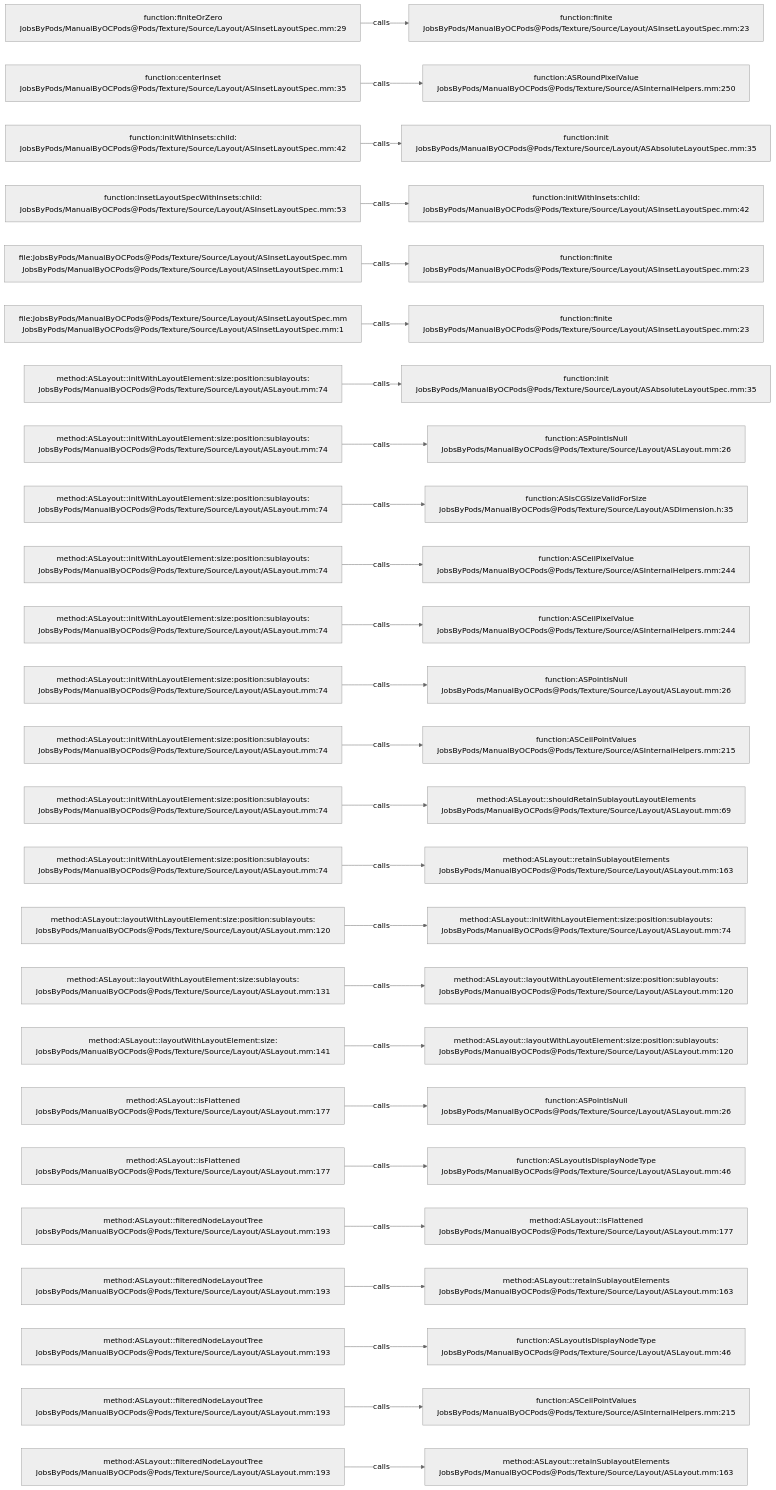
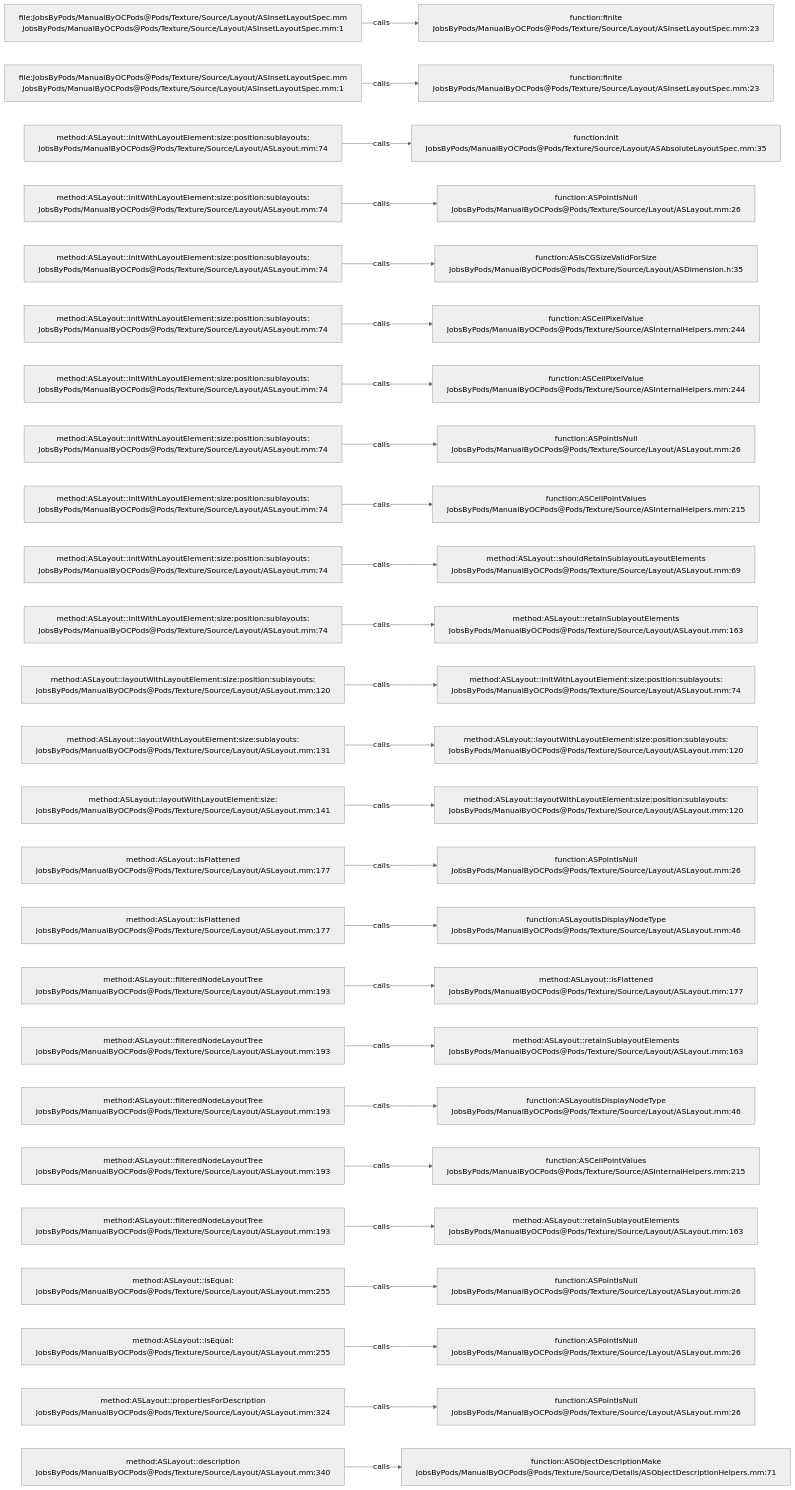
Before and after one commit to JobsKits/JobsOCBaseConfigDemo: the diagram in .codegraph/codegraph.md/graphs/calls-176.md, drawn with Mermaid (neutral theme). The commit also changed 727 other files, not shown here.

````diff
--- a/.codegraph/codegraph.md/graphs/calls-176.md
+++ b/.codegraph/codegraph.md/graphs/calls-176.md
@@ -13,78 +13,78 @@
 ```mermaid
 flowchart LR
-  S1["function:finiteOrZero<br/>JobsByPods/ManualByOCPods@Pods/Texture/Source/Layout/ASInsetLayoutSpec.mm:29"]
+  S1["file:JobsByPods/ManualByOCPods@Pods/Texture/Source/Layout/ASInsetLayoutSpec.mm<br/>JobsByPods/ManualByOCPods@Pods/Texture/Source/Layout/ASInsetLayoutSpec.mm:1"]
   T1["function:finite<br/>JobsByPods/ManualByOCPods@Pods/Texture/Source/Layout/ASInsetLayoutSpec.mm:23"]
   S1 -->|calls| T1
-  S2["function:centerInset<br/>JobsByPods/ManualByOCPods@Pods/Texture/Source/Layout/ASInsetLayoutSpec.mm:35"]
-  T2["function:ASRoundPixelValue<br/>JobsByPods/ManualByOCPods@Pods/Texture/Source/ASInternalHelpers.mm:250"]
+  S2["file:JobsByPods/ManualByOCPods@Pods/Texture/Source/Layout/ASInsetLayoutSpec.mm<br/>JobsByPods/ManualByOCPods@Pods/Texture/Source/Layout/ASInsetLayoutSpec.mm:1"]
+  T2["function:finite<br/>JobsByPods/ManualByOCPods@Pods/Texture/Source/Layout/ASInsetLayoutSpec.mm:23"]
   S2 -->|calls| T2
-  S3["function:initWithInsets:child:<br/>JobsByPods/ManualByOCPods@Pods/Texture/Source/Layout/ASInsetLayoutSpec.mm:42"]
+  S3["method:ASLayout::initWithLayoutElement:size:position:sublayouts:<br/>JobsByPods/ManualByOCPods@Pods/Texture/Source/Layout/ASLayout.mm:74"]
   T3["function:init<br/>JobsByPods/ManualByOCPods@Pods/Texture/Source/Layout/ASAbsoluteLayoutSpec.mm:35"]
   S3 -->|calls| T3
-  S4["function:insetLayoutSpecWithInsets:child:<br/>JobsByPods/ManualByOCPods@Pods/Texture/Source/Layout/ASInsetLayoutSpec.mm:53"]
-  T4["function:initWithInsets:child:<br/>JobsByPods/ManualByOCPods@Pods/Texture/Source/Layout/ASInsetLayoutSpec.mm:42"]
+  S4["method:ASLayout::initWithLayoutElement:size:position:sublayouts:<br/>JobsByPods/ManualByOCPods@Pods/Texture/Source/Layout/ASLayout.mm:74"]
+  T4["function:ASPointIsNull<br/>JobsByPods/ManualByOCPods@Pods/Texture/Source/Layout/ASLayout.mm:26"]
   S4 -->|calls| T4
-  S5["file:JobsByPods/ManualByOCPods@Pods/Texture/Source/Layout/ASInsetLayoutSpec.mm<br/>JobsByPods/ManualByOCPods@Pods/Texture/Source/Layout/ASInsetLayoutSpec.mm:1"]
-  T5["function:finite<br/>JobsByPods/ManualByOCPods@Pods/Texture/Source/Layout/ASInsetLayoutSpec.mm:23"]
+  S5["method:ASLayout::initWithLayoutElement:size:position:sublayouts:<br/>JobsByPods/ManualByOCPods@Pods/Texture/Source/Layout/ASLayout.mm:74"]
+  T5["function:ASIsCGSizeValidForSize<br/>JobsByPods/ManualByOCPods@Pods/Texture/Source/Layout/ASDimension.h:35"]
   S5 -->|calls| T5
-  S6["file:JobsByPods/ManualByOCPods@Pods/Texture/Source/Layout/ASInsetLayoutSpec.mm<br/>JobsByPods/ManualByOCPods@Pods/Texture/Source/Layout/ASInsetLayoutSpec.mm:1"]
-  T6["function:finite<br/>JobsByPods/ManualByOCPods@Pods/Texture/Source/Layout/ASInsetLayoutSpec.mm:23"]
+  S6["method:ASLayout::initWithLayoutElement:size:position:sublayouts:<br/>JobsByPods/ManualByOCPods@Pods/Texture/Source/Layout/ASLayout.mm:74"]
+  T6["function:ASCeilPixelValue<br/>JobsByPods/ManualByOCPods@Pods/Texture/Source/ASInternalHelpers.mm:244"]
   S6 -->|calls| T6
   S7["method:ASLayout::initWithLayoutElement:size:position:sublayouts:<br/>JobsByPods/ManualByOCPods@Pods/Texture/Source/Layout/ASLayout.mm:74"]
-  T7["function:init<br/>JobsByPods/ManualByOCPods@Pods/Texture/Source/Layout/ASAbsoluteLayoutSpec.mm:35"]
+  T7["function:ASCeilPixelValue<br/>JobsByPods/ManualByOCPods@Pods/Texture/Source/ASInternalHelpers.mm:244"]
   S7 -->|calls| T7
   S8["method:ASLayout::initWithLayoutElement:size:position:sublayouts:<br/>JobsByPods/ManualByOCPods@Pods/Texture/Source/Layout/ASLayout.mm:74"]
   T8["function:ASPointIsNull<br/>JobsByPods/ManualByOCPods@Pods/Texture/Source/Layout/ASLayout.mm:26"]
   S8 -->|calls| T8
   S9["method:ASLayout::initWithLayoutElement:size:position:sublayouts:<br/>JobsByPods/ManualByOCPods@Pods/Texture/Source/Layout/ASLayout.mm:74"]
-  T9["function:ASIsCGSizeValidForSize<br/>JobsByPods/ManualByOCPods@Pods/Texture/Source/Layout/ASDimension.h:35"]
+  T9["function:ASCeilPointValues<br/>JobsByPods/ManualByOCPods@Pods/Texture/Source/ASInternalHelpers.mm:215"]
   S9 -->|calls| T9
   S10["method:ASLayout::initWithLayoutElement:size:position:sublayouts:<br/>JobsByPods/ManualByOCPods@Pods/Texture/Source/Layout/ASLayout.mm:74"]
-  T10["function:ASCeilPixelValue<br/>JobsByPods/ManualByOCPods@Pods/Texture/Source/ASInternalHelpers.mm:244"]
+  T10["method:ASLayout::shouldRetainSublayoutLayoutElements<br/>JobsByPods/ManualByOCPods@Pods/Texture/Source/Layout/ASLayout.mm:69"]
   S10 -->|calls| T10
   S11["method:ASLayout::initWithLayoutElement:size:position:sublayouts:<br/>JobsByPods/ManualByOCPods@Pods/Texture/Source/Layout/ASLayout.mm:74"]
-  T11["function:ASCeilPixelValue<br/>JobsByPods/ManualByOCPods@Pods/Texture/Source/ASInternalHelpers.mm:244"]
+  T11["method:ASLayout::retainSublayoutElements<br/>JobsByPods/ManualByOCPods@Pods/Texture/Source/Layout/ASLayout.mm:163"]
   S11 -->|calls| T11
-  S12["method:ASLayout::initWithLayoutElement:size:position:sublayouts:<br/>JobsByPods/ManualByOCPods@Pods/Texture/Source/Layout/ASLayout.mm:74"]
-  T12["function:ASPointIsNull<br/>JobsByPods/ManualByOCPods@Pods/Texture/Source/Layout/ASLayout.mm:26"]
+  S12["method:ASLayout::layoutWithLayoutElement:size:position:sublayouts:<br/>JobsByPods/ManualByOCPods@Pods/Texture/Source/Layout/ASLayout.mm:120"]
+  T12["method:ASLayout::initWithLayoutElement:size:position:sublayouts:<br/>JobsByPods/ManualByOCPods@Pods/Texture/Source/Layout/ASLayout.mm:74"]
   S12 -->|calls| T12
-  S13["method:ASLayout::initWithLayoutElement:size:position:sublayouts:<br/>JobsByPods/ManualByOCPods@Pods/Texture/Source/Layout/ASLayout.mm:74"]
-  T13["function:ASCeilPointValues<br/>JobsByPods/ManualByOCPods@Pods/Texture/Source/ASInternalHelpers.mm:215"]
+  S13["method:ASLayout::layoutWithLayoutElement:size:sublayouts:<br/>JobsByPods/ManualByOCPods@Pods/Texture/Source/Layout/ASLayout.mm:131"]
+  T13["method:ASLayout::layoutWithLayoutElement:size:position:sublayouts:<br/>JobsByPods/ManualByOCPods@Pods/Texture/Source/Layout/ASLayout.mm:120"]
   S13 -->|calls| T13
-  S14["method:ASLayout::initWithLayoutElement:size:position:sublayouts:<br/>JobsByPods/ManualByOCPods@Pods/Texture/Source/Layout/ASLayout.mm:74"]
-  T14["method:ASLayout::shouldRetainSublayoutLayoutElements<br/>JobsByPods/ManualByOCPods@Pods/Texture/Source/Layout/ASLayout.mm:69"]
+  S14["method:ASLayout::layoutWithLayoutElement:size:<br/>JobsByPods/ManualByOCPods@Pods/Texture/Source/Layout/ASLayout.mm:141"]
+  T14["method:ASLayout::layoutWithLayoutElement:size:position:sublayouts:<br/>JobsByPods/ManualByOCPods@Pods/Texture/Source/Layout/ASLayout.mm:120"]
   S14 -->|calls| T14
-  S15["method:ASLayout::initWithLayoutElement:size:position:sublayouts:<br/>JobsByPods/ManualByOCPods@Pods/Texture/Source/Layout/ASLayout.mm:74"]
-  T15["method:ASLayout::retainSublayoutElements<br/>JobsByPods/ManualByOCPods@Pods/Texture/Source/Layout/ASLayout.mm:163"]
+  S15["method:ASLayout::isFlattened<br/>JobsByPods/ManualByOCPods@Pods/Texture/Source/Layout/ASLayout.mm:177"]
+  T15["function:ASPointIsNull<br/>JobsByPods/ManualByOCPods@Pods/Texture/Source/Layout/ASLayout.mm:26"]
   S15 -->|calls| T15
-  S16["method:ASLayout::layoutWithLayoutElement:size:position:sublayouts:<br/>JobsByPods/ManualByOCPods@Pods/Texture/Source/Layout/ASLayout.mm:120"]
-  T16["method:ASLayout::initWithLayoutElement:size:position:sublayouts:<br/>JobsByPods/ManualByOCPods@Pods/Texture/Source/Layout/ASLayout.mm:74"]
+  S16["method:ASLayout::isFlattened<br/>JobsByPods/ManualByOCPods@Pods/Texture/Source/Layout/ASLayout.mm:177"]
+  T16["function:ASLayoutIsDisplayNodeType<br/>JobsByPods/ManualByOCPods@Pods/Texture/Source/Layout/ASLayout.mm:46"]
   S16 -->|calls| T16
-  S17["method:ASLayout::layoutWithLayoutElement:size:sublayouts:<br/>JobsByPods/ManualByOCPods@Pods/Texture/Source/Layout/ASLayout.mm:131"]
-  T17["method:ASLayout::layoutWithLayoutElement:size:position:sublayouts:<br/>JobsByPods/ManualByOCPods@Pods/Texture/Source/Layout/ASLayout.mm:120"]
+  S17["method:ASLayout::filteredNodeLayoutTree<br/>JobsByPods/ManualByOCPods@Pods/Texture/Source/Layout/ASLayout.mm:193"]
+  T17["method:ASLayout::isFlattened<br/>JobsByPods/ManualByOCPods@Pods/Texture/Source/Layout/ASLayout.mm:177"]
   S17 -->|calls| T17
-  S18["method:ASLayout::layoutWithLayoutElement:size:<br/>JobsByPods/ManualByOCPods@Pods/Texture/Source/Layout/ASLayout.mm:141"]
-  T18["method:ASLayout::layoutWithLayoutElement:size:position:sublayouts:<br/>JobsByPods/ManualByOCPods@Pods/Texture/Source/Layout/ASLayout.mm:120"]
+  S18["method:ASLayout::filteredNodeLayoutTree<br/>JobsByPods/ManualByOCPods@Pods/Texture/Source/Layout/ASLayout.mm:193"]
+  T18["method:ASLayout::retainSublayoutElements<br/>JobsByPods/ManualByOCPods@Pods/Texture/Source/Layout/ASLayout.mm:163"]
   S18 -->|calls| T18
-  S19["method:ASLayout::isFlattened<br/>JobsByPods/ManualByOCPods@Pods/Texture/Source/Layout/ASLayout.mm:177"]
-  T19["function:ASPointIsNull<br/>JobsByPods/ManualByOCPods@Pods/Texture/Source/Layout/ASLayout.mm:26"]
+  S19["method:ASLayout::filteredNodeLayoutTree<br/>JobsByPods/ManualByOCPods@Pods/Texture/Source/Layout/ASLayout.mm:193"]
+  T19["function:ASLayoutIsDisplayNodeType<br/>JobsByPods/ManualByOCPods@Pods/Texture/Source/Layout/ASLayout.mm:46"]
   S19 -->|calls| T19
-  S20["method:ASLayout::isFlattened<br/>JobsByPods/ManualByOCPods@Pods/Texture/Source/Layout/ASLayout.mm:177"]
-  T20["function:ASLayoutIsDisplayNodeType<br/>JobsByPods/ManualByOCPods@Pods/Texture/Source/Layout/ASLayout.mm:46"]
+  S20["method:ASLayout::filteredNodeLayoutTree<br/>JobsByPods/ManualByOCPods@Pods/Texture/Source/Layout/ASLayout.mm:193"]
+  T20["function:ASCeilPointValues<br/>JobsByPods/ManualByOCPods@Pods/Texture/Source/ASInternalHelpers.mm:215"]
   S20 -->|calls| T20
   S21["method:ASLayout::filteredNodeLayoutTree<br/>JobsByPods/ManualByOCPods@Pods/Texture/Source/Layout/ASLayout.mm:193"]
-  T21["method:ASLayout::isFlattened<br/>JobsByPods/ManualByOCPods@Pods/Texture/Source/Layout/ASLayout.mm:177"]
+  T21["method:ASLayout::retainSublayoutElements<br/>JobsByPods/ManualByOCPods@Pods/Texture/Source/Layout/ASLayout.mm:163"]
   S21 -->|calls| T21
-  S22["method:ASLayout::filteredNodeLayoutTree<br/>JobsByPods/ManualByOCPods@Pods/Texture/Source/Layout/ASLayout.mm:193"]
-  T22["method:ASLayout::retainSublayoutElements<br/>JobsByPods/ManualByOCPods@Pods/Texture/Source/Layout/ASLayout.mm:163"]
+  S22["method:ASLayout::isEqual:<br/>JobsByPods/ManualByOCPods@Pods/Texture/Source/Layout/ASLayout.mm:255"]
+  T22["function:ASPointIsNull<br/>JobsByPods/ManualByOCPods@Pods/Texture/Source/Layout/ASLayout.mm:26"]
   S22 -->|calls| T22
-  S23["method:ASLayout::filteredNodeLayoutTree<br/>JobsByPods/ManualByOCPods@Pods/Texture/Source/Layout/ASLayout.mm:193"]
-  T23["function:ASLayoutIsDisplayNodeType<br/>JobsByPods/ManualByOCPods@Pods/Texture/Source/Layout/ASLayout.mm:46"]
+  S23["method:ASLayout::isEqual:<br/>JobsByPods/ManualByOCPods@Pods/Texture/Source/Layout/ASLayout.mm:255"]
+  T23["function:ASPointIsNull<br/>JobsByPods/ManualByOCPods@Pods/Texture/Source/Layout/ASLayout.mm:26"]
   S23 -->|calls| T23
-  S24["method:ASLayout::filteredNodeLayoutTree<br/>JobsByPods/ManualByOCPods@Pods/Texture/Source/Layout/ASLayout.mm:193"]
-  T24["function:ASCeilPointValues<br/>JobsByPods/ManualByOCPods@Pods/Texture/Source/ASInternalHelpers.mm:215"]
+  S24["method:ASLayout::propertiesForDescription<br/>JobsByPods/ManualByOCPods@Pods/Texture/Source/Layout/ASLayout.mm:324"]
+  T24["function:ASPointIsNull<br/>JobsByPods/ManualByOCPods@Pods/Texture/Source/Layout/ASLayout.mm:26"]
   S24 -->|calls| T24
-  S25["method:ASLayout::filteredNodeLayoutTree<br/>JobsByPods/ManualByOCPods@Pods/Texture/Source/Layout/ASLayout.mm:193"]
-  T25["method:ASLayout::retainSublayoutElements<br/>JobsByPods/ManualByOCPods@Pods/Texture/Source/Layout/ASLayout.mm:163"]
+  S25["method:ASLayout::description<br/>JobsByPods/ManualByOCPods@Pods/Texture/Source/Layout/ASLayout.mm:340"]
+  T25["function:ASObjectDescriptionMake<br/>JobsByPods/ManualByOCPods@Pods/Texture/Source/Details/ASObjectDescriptionHelpers.mm:71"]
   S25 -->|calls| T25
 ```
````
